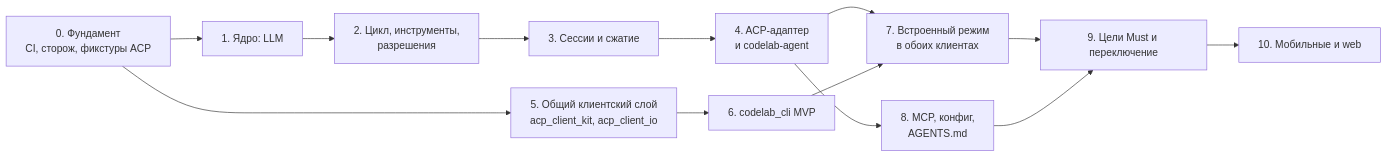
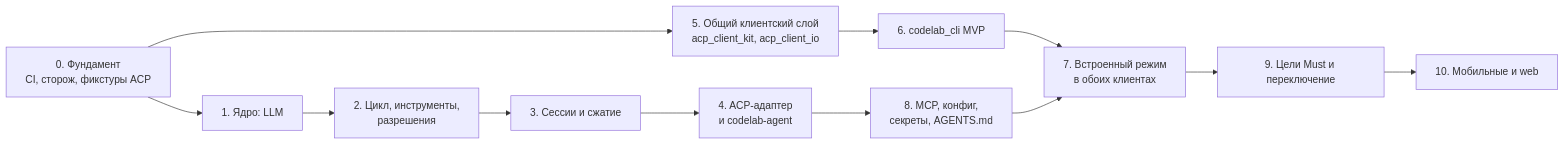
Before and after one commit to pese-git/codelab-app: the first of 2 diagrams in docs/architecture/proposals/dart-agent-and-clients/09-00-migration-plan.md, drawn with Mermaid. The commit also changed other lines of this file and 24 other files, not shown here.

````diff
--- a/docs/architecture/proposals/dart-agent-and-clients/09-00-migration-plan.md
+++ b/docs/architecture/proposals/dart-agent-and-clients/09-00-migration-plan.md
@@ -9,15 +47,14 @@
 ```mermaid
 flowchart LR
     S0["0. Фундамент<br/>CI, сторож, фикстуры ACP"] --> S1["1. Ядро: LLM"]
     S1 --> S2["2. Цикл, инструменты,<br/>разрешения"]
     S2 --> S3["3. Сессии и сжатие"]
     S3 --> S4["4. ACP-адаптер<br/>и codelab-agent"]
     S0 --> S5["5. Общий клиентский слой<br/>acp_client_kit, acp_client_io"]
     S5 --> S6["6. codelab_cli MVP"]
-    S4 --> S7["7. Встроенный режим<br/>в обоих клиентах"]
-    S6 --> S7
-    S4 --> S8["8. MCP, конфиг,<br/>AGENTS.md"]
+    S4 --> S8["8. MCP, конфиг,<br/>секреты, AGENTS.md"]
+    S6 --> S7["7. Встроенный режим<br/>в обоих клиентах"]
+    S8 --> S7
     S7 --> S9["9. Цели Must и переключение"]
-    S8 --> S9
     S9 --> S10["10. Мобильные и web"]
 ```
````
